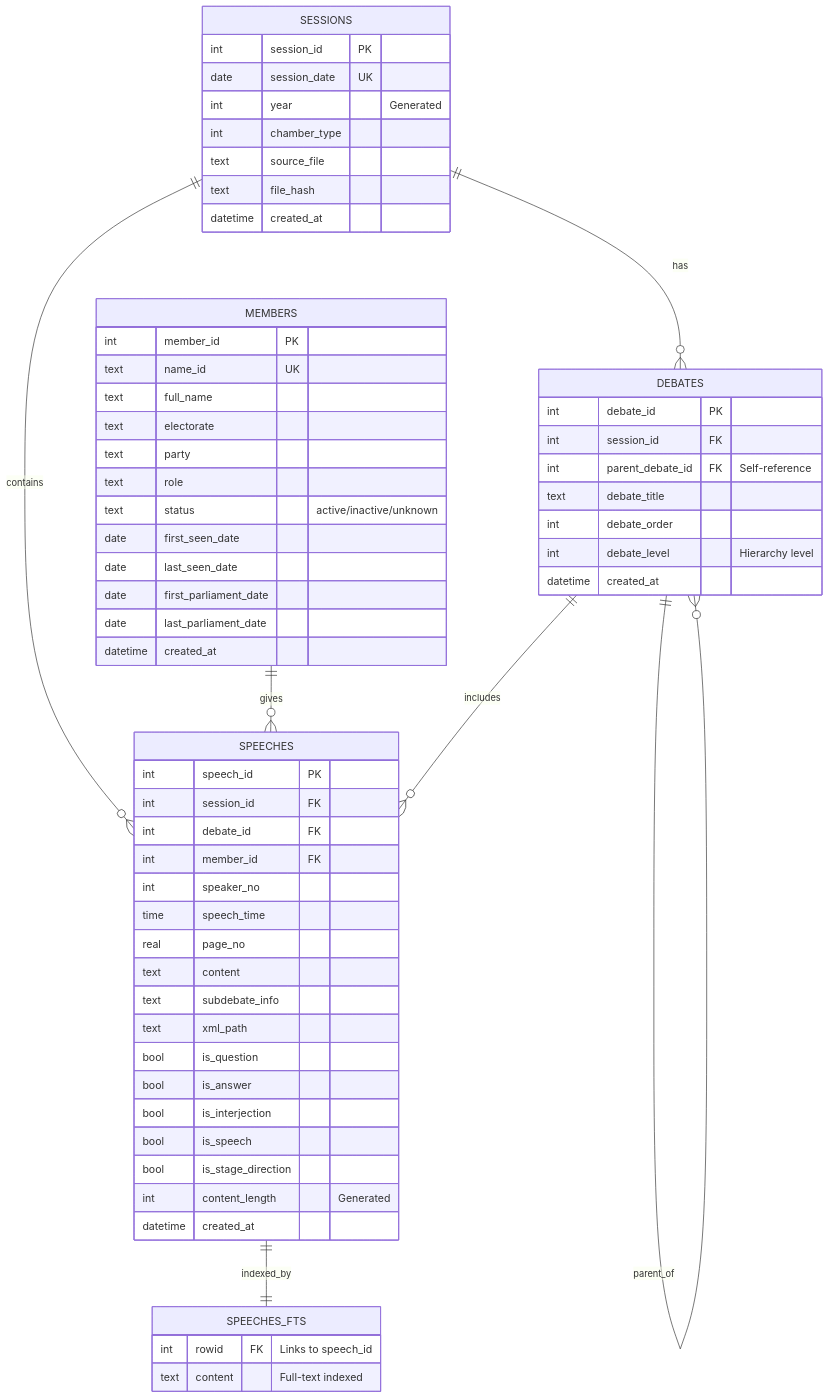
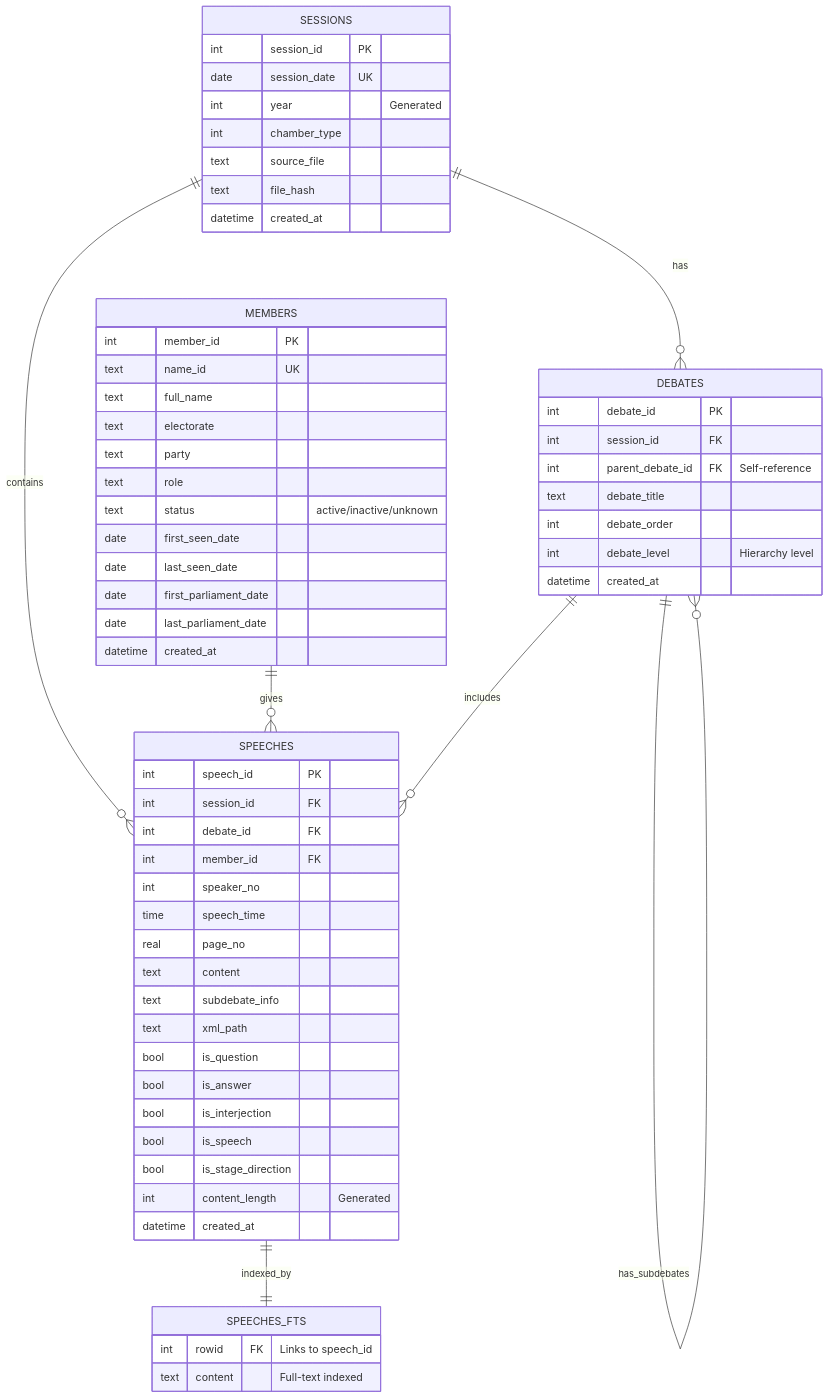
Before and after one commit to Australian-Parliamentary-Speech/hansardR: the first of 2 diagrams in README.Rmd, drawn with Mermaid. The commit also changed 3 other files, not shown here.

Commit message:
Update schema chart

````diff
--- a/README.Rmd
+++ b/README.Rmd
@@ -136,69 +136,69 @@
 ```mermaid
 erDiagram
     SESSIONS {
         int session_id PK
         date session_date UK
         int year "Generated"
         int chamber_type
         text source_file
         text file_hash
         datetime created_at
     }
     
     MEMBERS {
         int member_id PK
         text name_id UK
         text full_name
         text electorate
         text party
         text role
         text status "active/inactive/unknown"
         date first_seen_date
         date last_seen_date
         date first_parliament_date
         date last_parliament_date
         datetime created_at
     }
     
     DEBATES {
         int debate_id PK
         int session_id FK
         int parent_debate_id FK "Self-reference"
         text debate_title
         int debate_order
         int debate_level "Hierarchy level"
         datetime created_at
     }
     
     SPEECHES {
         int speech_id PK
         int session_id FK
         int debate_id FK
         int member_id FK
         int speaker_no
         time speech_time
         real page_no
         text content
         text subdebate_info
         text xml_path
         bool is_question
         bool is_answer
         bool is_interjection
         bool is_speech
         bool is_stage_direction
         int content_length "Generated"
         datetime created_at
     }
     
     SPEECHES_FTS {
         int rowid FK "Links to speech_id"
         text content "Full-text indexed"
     }
 
     SESSIONS ||--o{ DEBATES : "has"
     SESSIONS ||--o{ SPEECHES : "contains"
     MEMBERS ||--o{ SPEECHES : "gives"
     DEBATES ||--o{ SPEECHES : "includes"
-    DEBATES ||--o{ DEBATES : "parent_of"
+    DEBATES ||--o{ DEBATES : "has_subdebates"
     SPEECHES ||--|| SPEECHES_FTS : "indexed_by"
 ```
````
